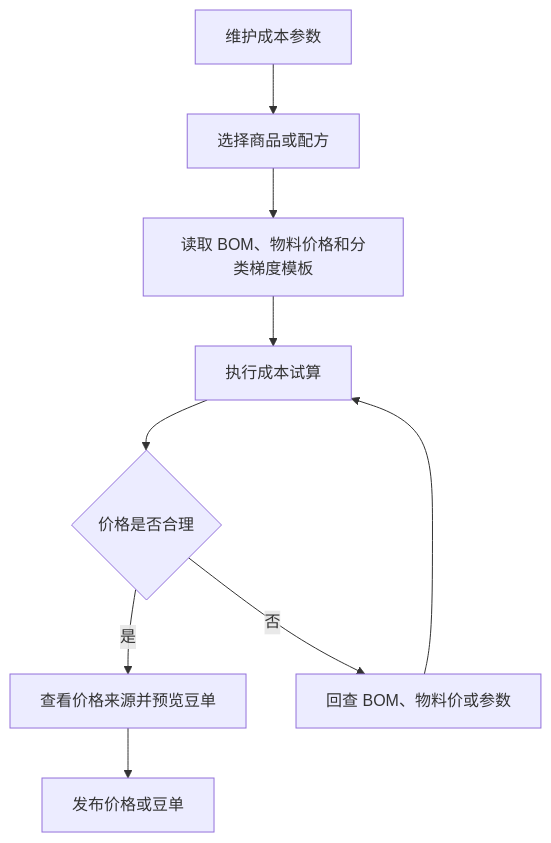
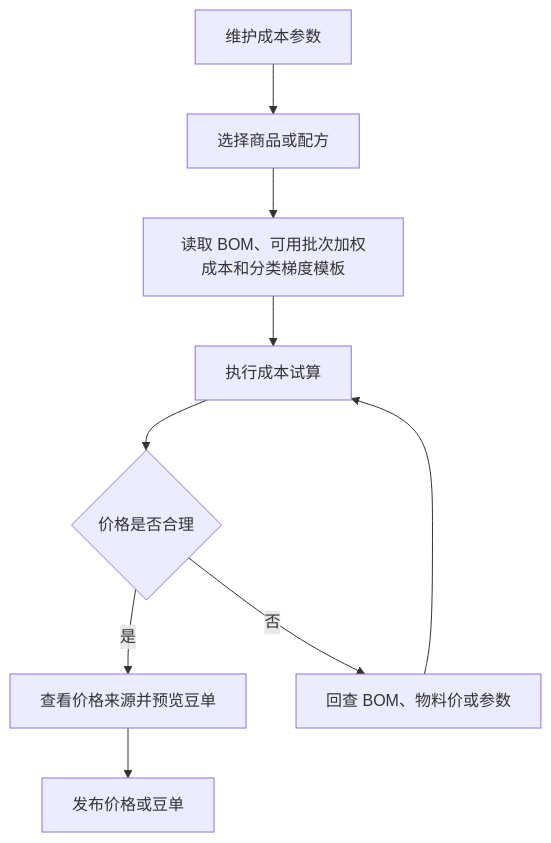
Before and after one commit to Backstage2539/KFerp: the diagram in orderapp-remote/docs/OP_MANUAL_COSTING.md, drawn with Mermaid. The commit also changed other lines of this file and 21 other files, not shown here.

````diff
--- a/orderapp-remote/docs/OP_MANUAL_COSTING.md
+++ b/orderapp-remote/docs/OP_MANUAL_COSTING.md
@@ -11,11 +11,11 @@
 ```mermaid
 flowchart TD
   A["维护成本参数"] --> B["选择商品或配方"]
-  B --> C["读取 BOM、物料价格和分类梯度模板"]
+  B --> C["读取 BOM、可用批次加权成本和分类梯度模板"]
   C --> D["执行成本试算"]
   D --> E{"价格是否合理"}
   E -->|是| F["查看价格来源并预览豆单"]
   F --> H["发布价格或豆单"]
   E -->|否| G["回查 BOM、物料价或参数"]
   G --> D
 ```
````
